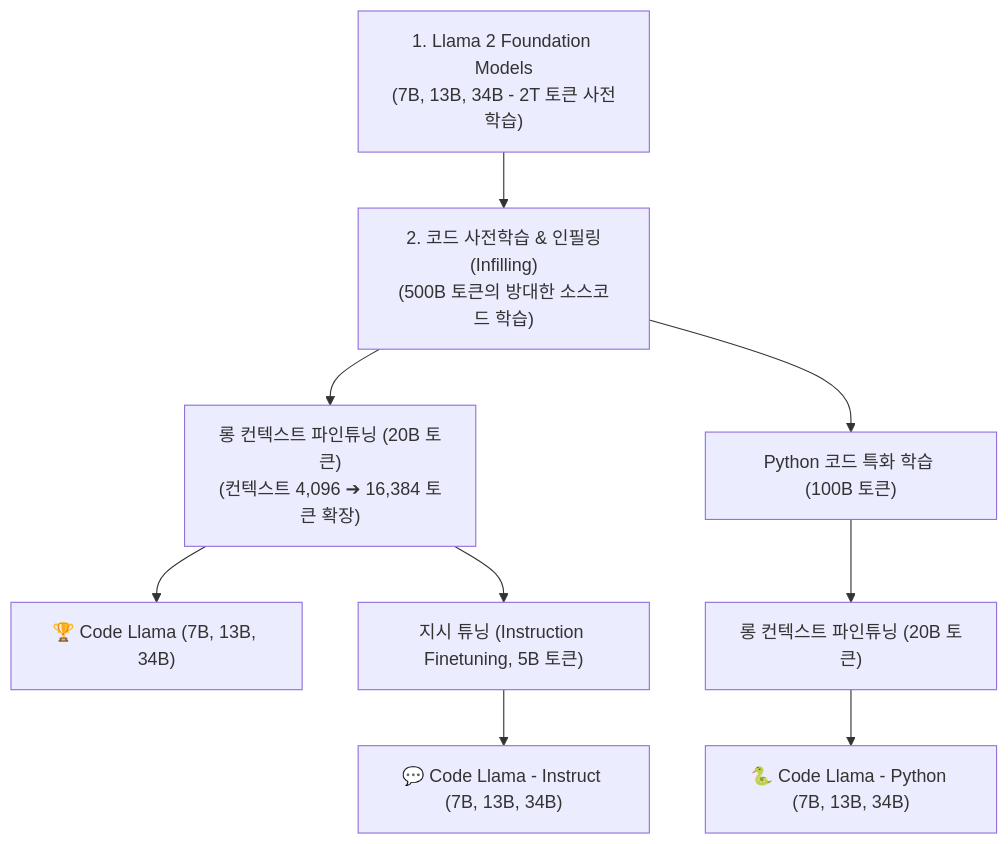
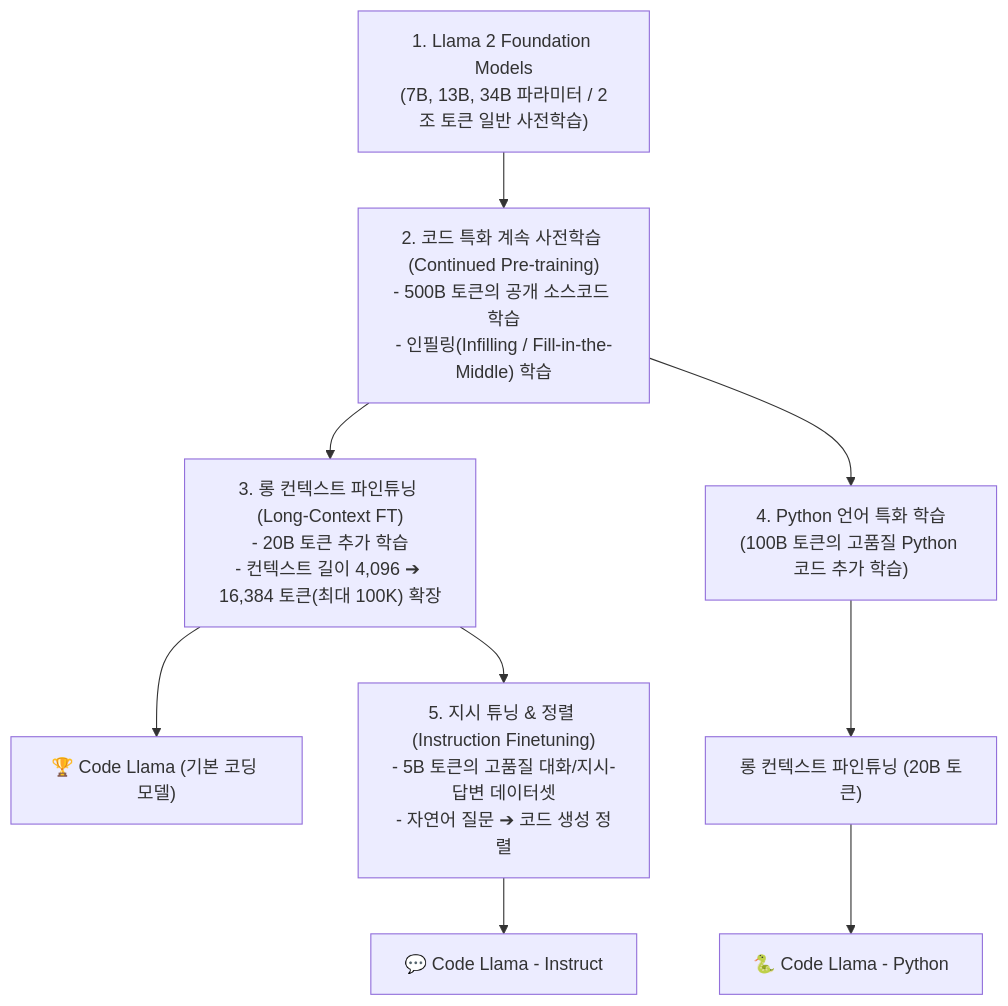
One commit to sing-u8/AI-Engineering changed the first of 2 diagrams in chapter-qa/ch07-fine-tuning-qa/01-finetuning-foundations-and-decision-framework.md. Above: the diagram before and after it, drawn with Mermaid. The commit also changed other lines of this file and 7 other files, not shown here.

````diff
--- a/chapter-qa/ch07-fine-tuning-qa/01-finetuning-foundations-and-decision-framework.md
+++ b/chapter-qa/ch07-fine-tuning-qa/01-finetuning-foundations-and-decision-framework.md
@@ -39,14 +45,21 @@
 ```mermaid
 flowchart TD
-    Base["1. Llama 2 Foundation Models\n(7B, 13B, 34B - 2T 토큰 사전학습)"] --> CodeTrain["2. 코드 사전학습 & 인필링(Infilling)\n(500B 토큰의 방대한 소스코드 학습)"]
+    Base["1. Llama 2 Foundation Models\n(7B, 13B, 34B 파라미터 / 2조 토큰 일반 사전학습)"]
     
-    CodeTrain --> LongCtx["롱 컨텍스트 파인튜닝 (20B 토큰)\n(컨텍스트 4,096 ➔ 16,384 토큰 확장)"]
-    LongCtx --> CodeLlama["🏆 Code Llama (7B, 13B, 34B)"]
+    CodeTrain["2. 코드 특화 계속 사전학습 (Continued Pre-training)\n- 500B 토큰의 공개 소스코드 학습\n- 인필링(Infilling / Fill-in-the-Middle) 학습"]
     
-    CodeTrain --> PyTrain["Python 코드 특화 학습 (100B 토큰)"]
-    PyTrain --> LongCtxPy["롱 컨텍스트 파인튜닝 (20B 토큰)"]
-    LongCtxPy --> CodeLlamaPy["🐍 Code Llama - Python (7B, 13B, 34B)"]
+    LongCtx["3. 롱 컨텍스트 파인튜닝 (Long-Context FT)\n- 20B 토큰 추가 학습\n- 컨텍스트 길이 4,096 ➔ 16,384 토큰(최대 100K) 확장"]
     
-    LongCtx --> Instruct["지시 튜닝 (Instruction Finetuning, 5B 토큰)"]
-    Instruct --> CodeLlamaInst["💬 Code Llama - Instruct (7B, 13B, 34B)"]
+    CodeLlama["🏆 Code Llama (기본 코딩 모델)"]
+    
+    PyTrain["4. Python 언어 특화 학습\n(100B 토큰의 고품질 Python 코드 추가 학습)"]
+    LongCtxPy["롱 컨텍스트 파인튜닝 (20B 토큰)"]
+    CodeLlamaPy["🐍 Code Llama - Python"]
+    
+    Instruct["5. 지시 튜닝 & 정렬 (Instruction Finetuning)\n- 5B 토큰의 고품질 대화/지시-답변 데이터셋\n- 자연어 질문 ➔ 코드 생성 정렬"]
+    CodeLlamaInst["💬 Code Llama - Instruct"]
+    
+    Base --> CodeTrain --> LongCtx --> CodeLlama
+    CodeTrain --> PyTrain --> LongCtxPy --> CodeLlamaPy
+    LongCtx --> Instruct --> CodeLlamaInst
 ```
````
